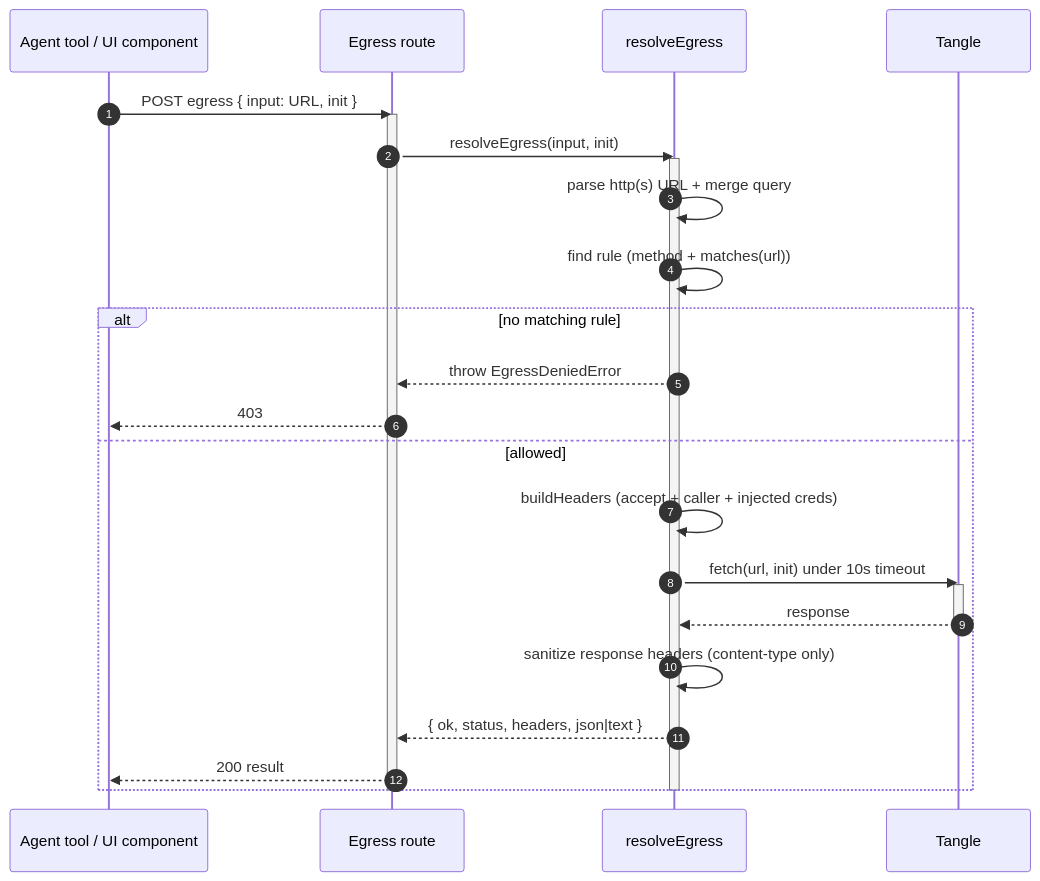
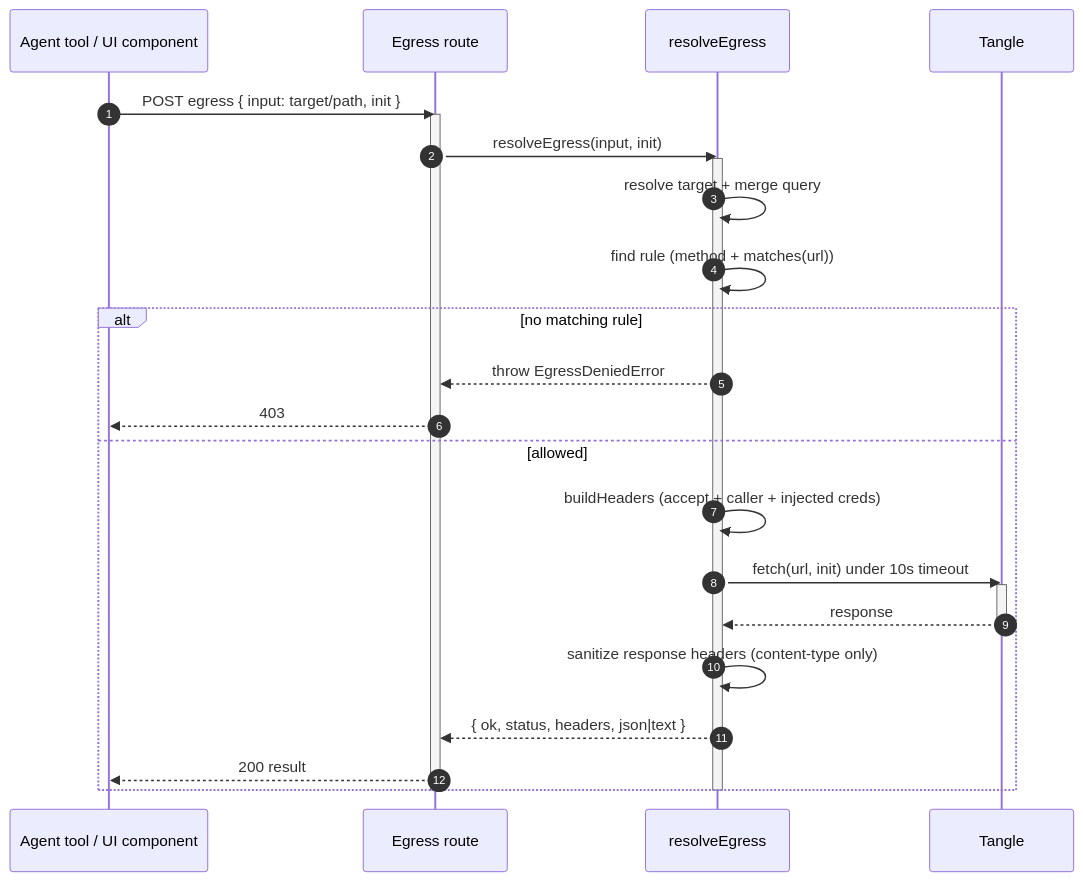
Before and after one commit to TangleML/tangent-shell: the second of 2 diagrams in docs/server/egress-and-security.md, drawn with Mermaid. The commit also changed other lines of this file and 22 other files, not shown here.

Commit message:
chore: egress via pre-configured target urls

````diff
--- a/docs/server/egress-and-security.md
+++ b/docs/server/egress-and-security.md
@@ -73,30 +73,30 @@
 ```mermaid
 sequenceDiagram
   autonumber
   participant Caller as Agent tool / UI component
   participant Route as Egress route
   participant Resolver as resolveEgress
   participant Upstream as Tangle
 
-  Caller->>Route: POST egress { input: URL, init }
+  Caller->>Route: POST egress { input: target/path, init }
   activate Route
   Route->>Resolver: resolveEgress(input, init)
   activate Resolver
-  Resolver->>Resolver: parse http(s) URL + merge query
+  Resolver->>Resolver: resolve target + merge query
   Resolver->>Resolver: find rule (method + matches(url))
   alt no matching rule
     Resolver-->>Route: throw EgressDeniedError
     Route-->>Caller: 403
   else allowed
     Resolver->>Resolver: buildHeaders (accept + caller + injected creds)
     Resolver->>Upstream: fetch(url, init) under 10s timeout
     activate Upstream
     Upstream-->>Resolver: response
     deactivate Upstream
     Resolver->>Resolver: sanitize response headers (content-type only)
     Resolver-->>Route: { ok, status, headers, json|text }
     Route-->>Caller: 200 result
   end
   deactivate Resolver
   deactivate Route
 ```
````
